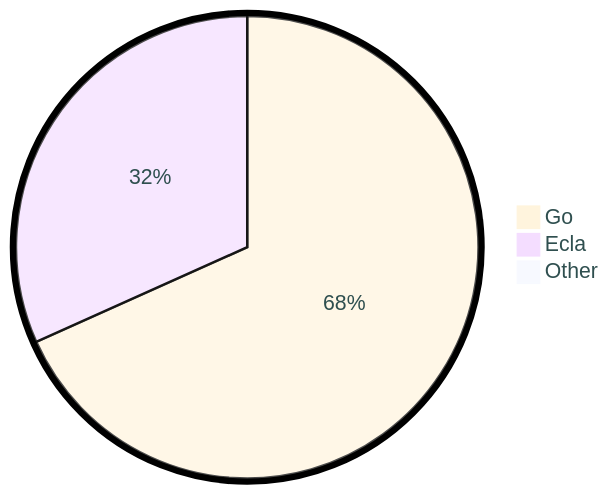
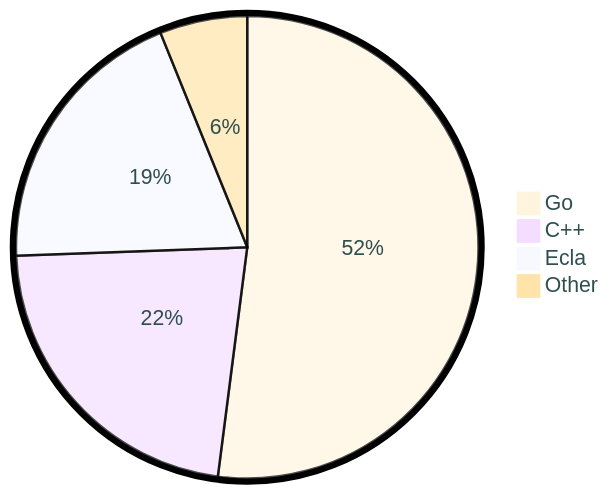
One commit to tot0p/tot0p changed the diagram in README.md. Above: the diagram before and after it, drawn with Mermaid. The commit also changed other lines of this file, not shown here.

````diff
--- a/README.md
+++ b/README.md
@@ -81,7 +88,8 @@
 ```mermaid
 %%{init: {"pie": {"textPosition": 0.5}, "themeVariables": {"pieOuterStrokeWidth": "5px","primaryTextColor" : "#2F4F4F"},"theme":"base"} }%%
 pie
-	"Go": 68.15
-	"Ecla": 31.64
-	"Other": 0.21000000000000005
+	"Go": 52.03
+	"C++": 22.38
+	"Ecla": 19.47
+	"Other": 6.119999999999999
 ```
````
